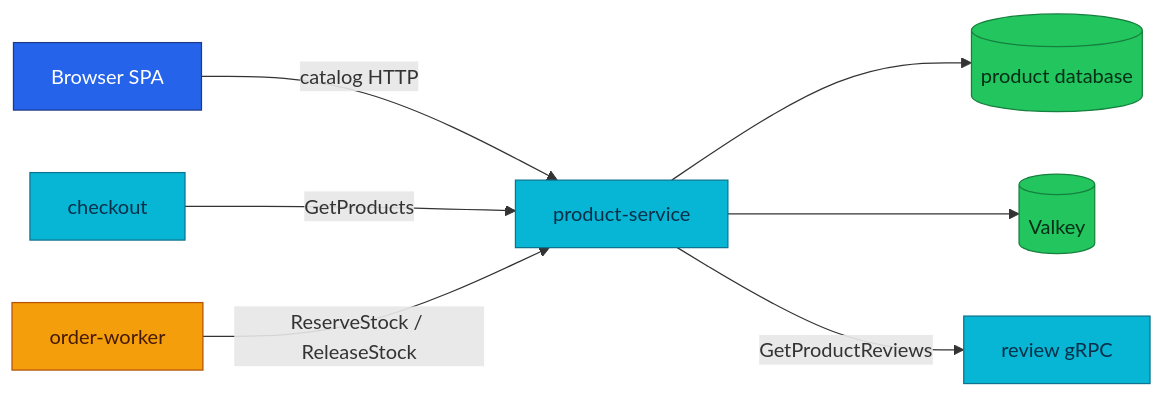
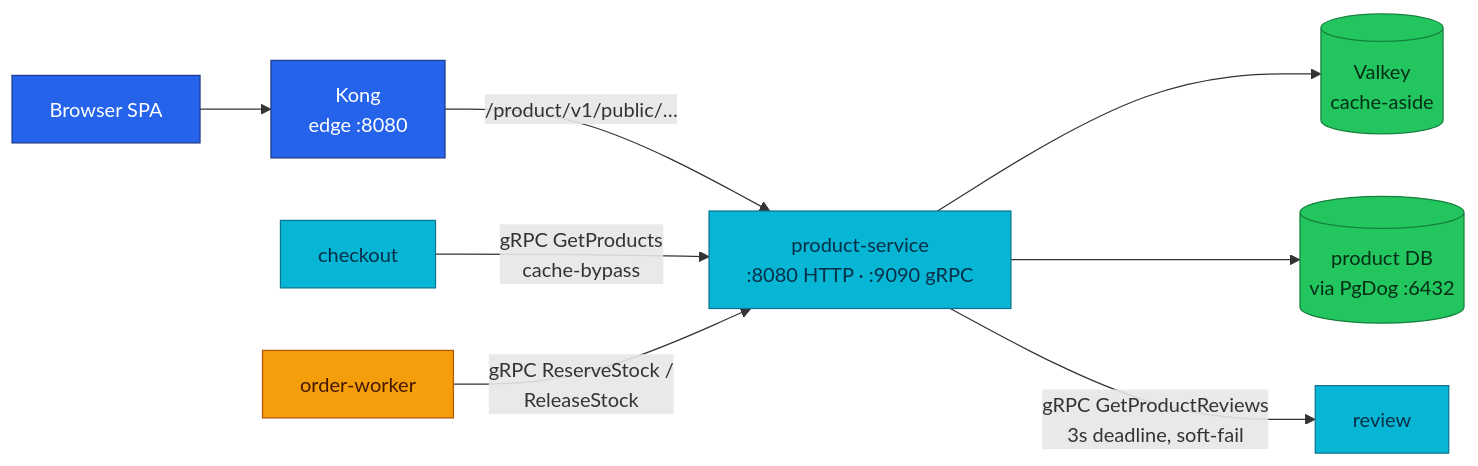
Before and after one commit to duynhlab/homelab: the diagram in docs/api/product.md, drawn with Mermaid. The commit also changed other lines of this file and 20 other files, not shown here.

````diff
--- a/docs/api/product.md
+++ b/docs/api/product.md
@@ -21,18 +59,19 @@
 ```mermaid
 flowchart LR
-    SPA[Browser SPA] -->|catalog HTTP| Product[product-service]
-    Product --> DB[(product database)]
-    Product --> Cache[(Valkey)]
-    Product -->|GetProductReviews| Review[review gRPC]
-    Checkout[checkout] -->|GetProducts| Product
-    Worker[order-worker] -->|ReserveStock / ReleaseStock| Product
+    SPA["Browser SPA"] --> Kong["Kong<br/>edge :8080"]
+    Kong -->|"/product/v1/public/…"| Product["product-service<br/>:8080 HTTP · :9090 gRPC"]
+    Product --> Cache[("Valkey<br/>cache-aside")]
+    Product --> DB[("product DB<br/>via PgDog :6432")]
+    Product -->|"gRPC GetProductReviews<br/>3s deadline, soft-fail"| Review[review]
+    Checkout[checkout] -->|"gRPC GetProducts<br/>cache-bypass"| Product
+    Worker["order-worker"] -->|"gRPC ReserveStock /<br/>ReleaseStock"| Product
 
     classDef edge fill:#2563eb,color:#fff,stroke:#1e3a8a;
     classDef service fill:#06b6d4,color:#082f49,stroke:#0e7490;
     classDef worker fill:#f59e0b,color:#451a03,stroke:#b45309;
     classDef data fill:#22c55e,color:#052e16,stroke:#15803d;
-    class SPA edge;
+    class SPA,Kong edge;
     class Product,Review,Checkout service;
     class Worker worker;
     class DB,Cache data;
 ```
````
